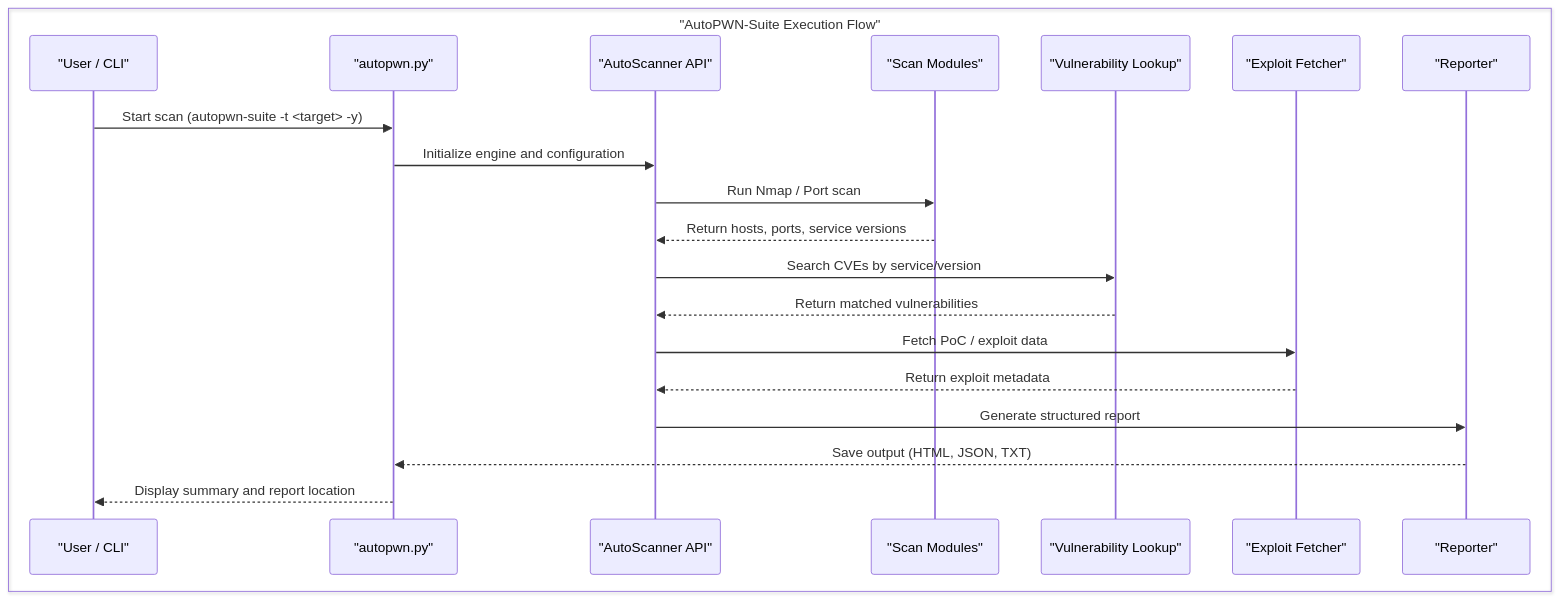
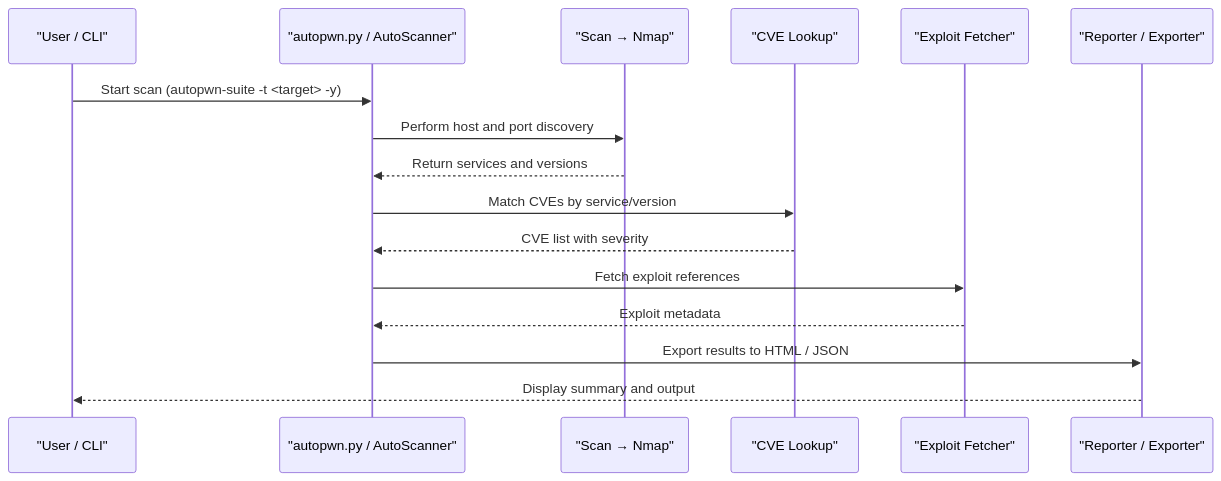
One commit to GamehunterKaan/kaangultekin.net changed the first of 2 diagrams in _pages/projects/autopwn-suite.md. Above: the diagram before and after it, drawn with Mermaid. The commit also changed other lines of this file, not shown here.

Commit message:
chart fix

```diff
--- a/_pages/projects/autopwn-suite.md
+++ b/_pages/projects/autopwn-suite.md
@@ -61,25 +62,19 @@
 <div class="mermaid">
-%% AutoPWN-Suite Vertical Sequence Diagram
 sequenceDiagram
-    box "AutoPWN-Suite Execution Flow" #002244
-        participant U as "User / CLI"
-        participant P as "autopwn.py"
-        participant A as "AutoScanner API"
-        participant S as "Scan Modules"
-        participant V as "Vulnerability Lookup"
-        participant E as "Exploit Fetcher"
-        participant R as "Reporter"
-    end
+    participant U as "User / CLI"
+    participant Core as "autopwn.py / AutoScanner"
+    participant Scan as "Scan → Nmap"
+    participant Vuln as "CVE Lookup"
+    participant Exploit as "Exploit Fetcher"
+    participant Report as "Reporter / Exporter"
 
-    U->>P: Start scan (autopwn-suite -t <target> -y)
-    P->>A: Initialize engine and configuration
-    A->>S: Run Nmap / Port scan
-    S-->>A: Return hosts, ports, service versions
-    A->>V: Search CVEs by service/version
-    V-->>A: Return matched vulnerabilities
-    A->>E: Fetch PoC / exploit data
-    E-->>A: Return exploit metadata
-    A->>R: Generate structured report
-    R-->>P: Save output (HTML, JSON, TXT)
-    P-->>U: Display summary and report location
+    U->>Core: Start scan (autopwn-suite -t <target> -y)
+    Core->>Scan: Perform host and port discovery
+    Scan-->>Core: Return services and versions
+    Core->>Vuln: Match CVEs by service/version
+    Vuln-->>Core: CVE list with severity
+    Core->>Exploit: Fetch exploit references
+    Exploit-->>Core: Exploit metadata
+    Core->>Report: Export results to HTML / JSON
+    Report-->>U: Display summary and output
 </div>
```
